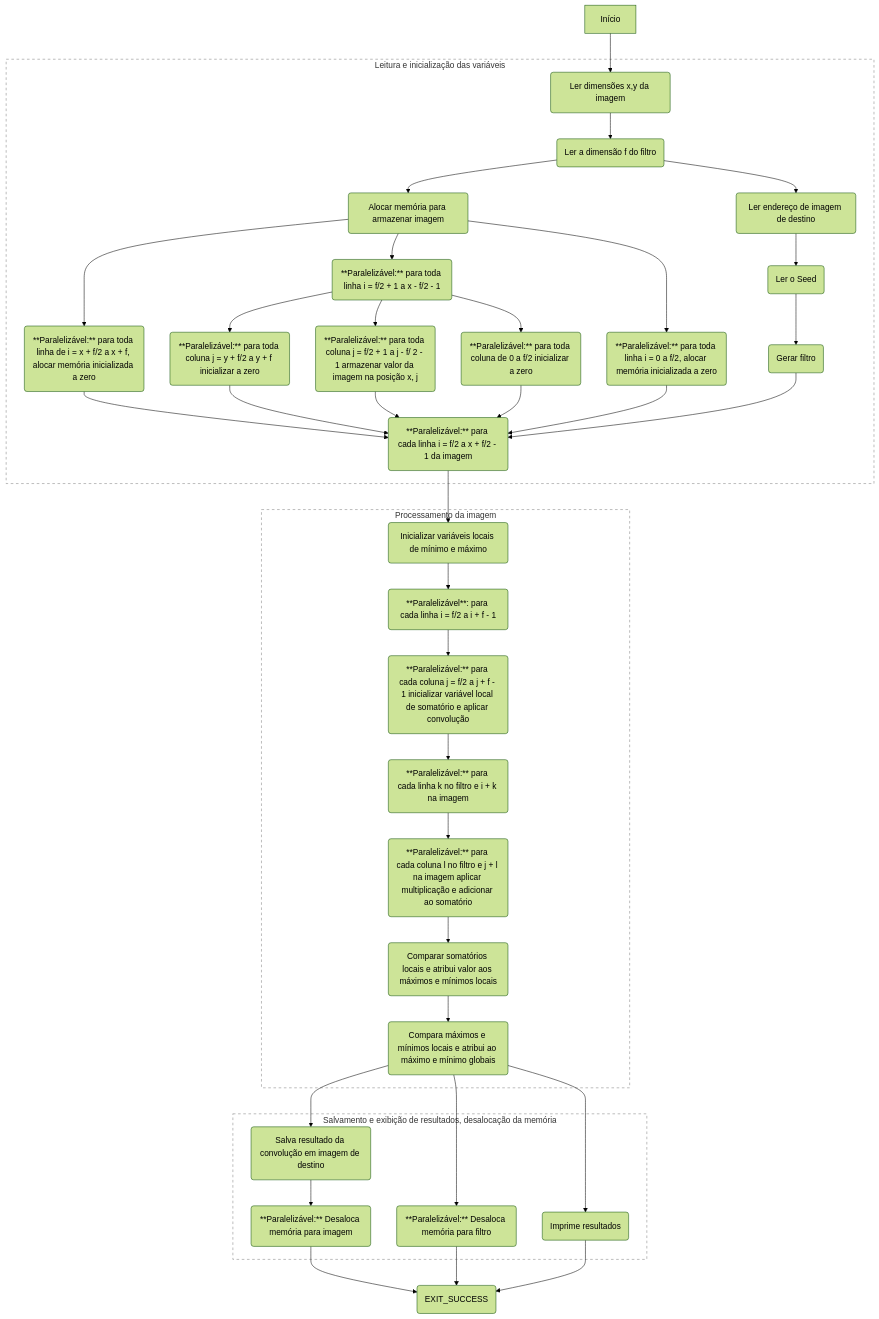
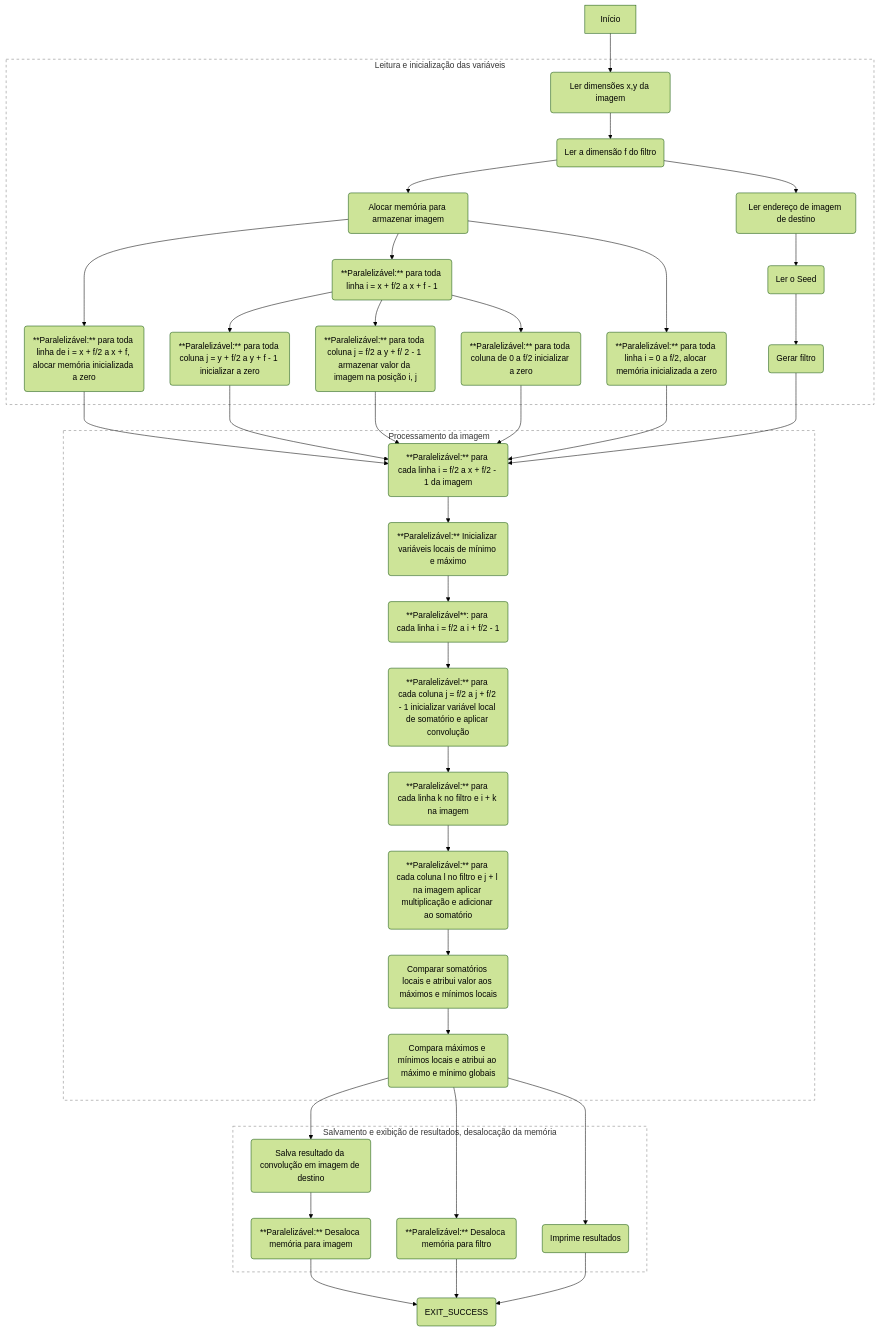
One commit to de-abreu/alto_desempenho changed the diagram in trabalho_1/README.md. Above: the diagram before and after it, drawn with Mermaid (forest theme). The commit also changed 3 other files, not shown here.

````diff
--- a/trabalho_1/README.md
+++ b/trabalho_1/README.md
@@ -4,48 +4,48 @@
 ```mermaid
+
 flowchart TD
     A[Início] --> B(Ler dimensões x,y da imagem)
     subgraph r1 [Leitura e inicialização das variáveis]
         style r1 stroke-dasharray: 5, 5, fill:none, stroke: grey
 
         B --> E(Ler a dimensão f do filtro)
         E --> AD(Ler endereço de imagem de destino)
         AD --> F(Ler o Seed)
         E --> G(Alocar memória para armazenar imagem)
         G --> H(**Paralelizável:** para toda linha i = 0 a f/2, alocar memória inicializada a zero)
-        G --> I(**Paralelizável:** para toda linha i = f/2 + 1 a x - f/2 - 1)
         G --> M(**Paralelizável:** para toda linha de i = x + f/2 a x + f, alocar memória inicializada a zero)
         I --> J(**Paralelizável:** para toda coluna de 0 a f/2 inicializar a zero)
-        I --> f(**Paralelizável:** para toda coluna j = f/2 + 1 a j - f/ 2 - 1 armazenar valor da imagem na posição x, j)
-        I --> L(**Paralelizável:** para toda coluna j = y + f/2 a y + f inicializar a zero)
+        I --> f(**Paralelizável:** para toda coluna j = f/2 a y + f/ 2 - 1 armazenar valor da imagem na posição i, j)
+        I --> L(**Paralelizável:** para toda coluna j = y + f/2 a y + f - 1 inicializar a zero)
+        G --> I(**Paralelizável:** para toda linha i = x + f/2 a x + f - 1)
         F --> N(Gerar filtro)
+    end
+    subgraph r2 [Processamento da imagem]
+        style r2 stroke-dasharray: 5, 5, fill:none, stroke: grey
+
         M --> O(**Paralelizável:** para cada linha i = f/2 a x + f/2 - 1 da imagem)
         L --> O
         f --> O
         J --> O
         H --> O
         N --> O
-    end
-    subgraph r2 [Processamento da imagem]
-        style r2 stroke-dasharray: 5, 5, fill:none, stroke: grey
-
-        O --> Q(Inicializar variáveis locais de mínimo e máximo)
-        Q --> R(**Paralelizável**: para cada linha i = f/2 a i + f - 1 )
-        R --> S(**Paralelizável:** para cada coluna j = f/2 a j + f - 1 inicializar variável local de somatório e aplicar convolução)
+        O --> Q(**Paralelizável:** Inicializar variáveis locais de mínimo e máximo)
+        Q --> R(**Paralelizável**: para cada linha i = f/2 a i + f/2 - 1 )
+        R --> S(**Paralelizável:** para cada coluna j = f/2 a j + f/2 - 1 inicializar variável local de somatório e aplicar convolução)
         S --> T(**Paralelizável:** para cada linha k no filtro e i + k na imagem)
         T --> X(**Paralelizável:** para cada coluna l no filtro e j + l na imagem aplicar multiplicação e adicionar ao somatório)
         X --> Y(Comparar somatórios locais e atribui valor aos máximos e mínimos locais)
         Y --> Z(Compara máximos e mínimos locais e atribui ao máximo e mínimo globais)
     end
     subgraph r3 [Salvamento e exibição de resultados, desalocação da memória]
         style r3 stroke-dasharray: 5, 5, fill:none, stroke: grey
         Z --> W(Imprime resultados)
         Z --> AC(**Paralelizável:** Desaloca memória para filtro)
         Z --> C(Salva resultado da convolução em imagem de destino)
         C --> AB(**Paralelizável:** Desaloca memória para imagem)
     end
 
     AB --> EXIT(EXIT_SUCCESS)
     AC --> EXIT
     W --> EXIT
-
 ```
````
